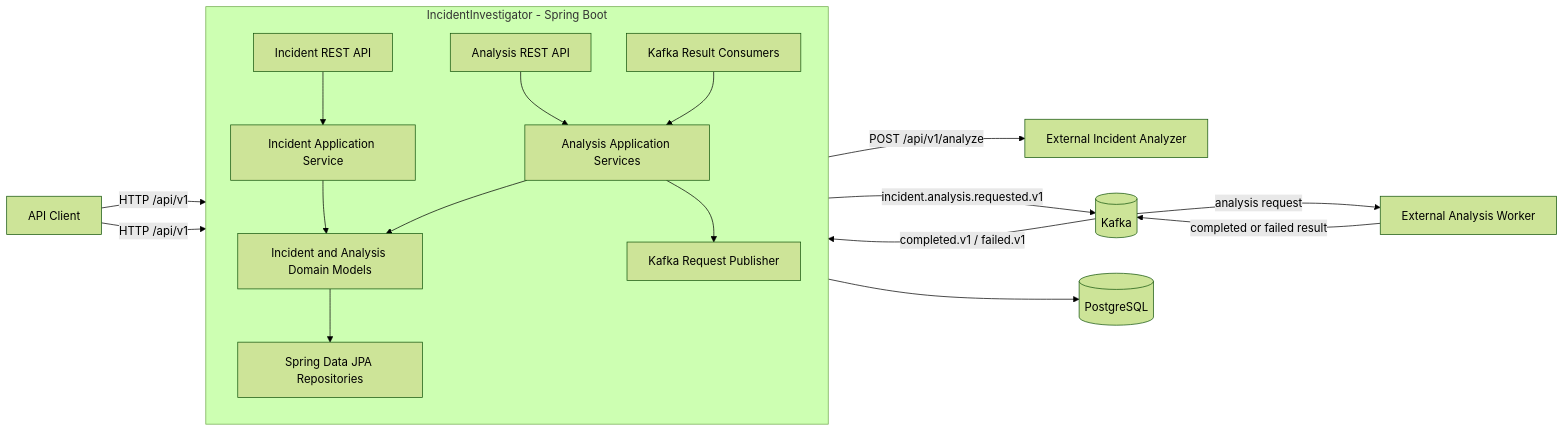
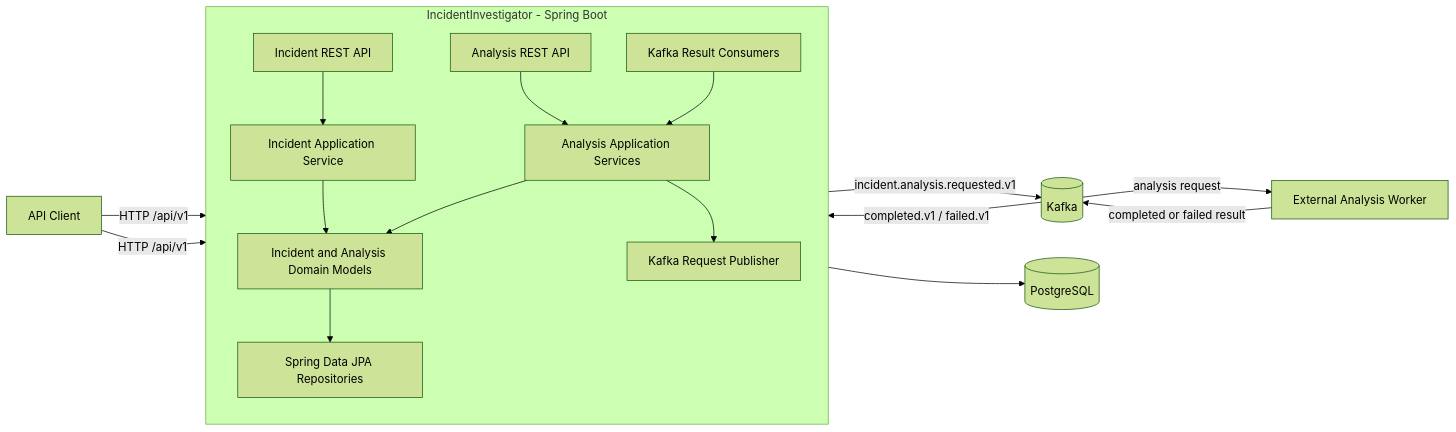
Before and after one commit to CemHarput/IncidentInvestigator: the first of 2 diagrams in README.md, drawn with Mermaid (forest theme). The commit also changed other lines of this file, not shown here.

````diff
--- a/README.md
+++ b/README.md
@@ -12,37 +12,35 @@
 ```mermaid
 flowchart LR
     Client[API Client]
-    Analyzer[External Incident Analyzer]
     Worker[External Analysis Worker]
     Kafka[(Kafka)]
     PostgreSQL[(PostgreSQL)]
 
     subgraph Application[IncidentInvestigator - Spring Boot]
         direction TB
         IncidentAPI[Incident REST API]
         AnalysisAPI[Analysis REST API]
         IncidentService[Incident Application Service]
         AnalysisService[Analysis Application Services]
         Domain[Incident and Analysis Domain Models]
         Repositories[Spring Data JPA Repositories]
         Publisher[Kafka Request Publisher]
         Consumer[Kafka Result Consumers]
 
         IncidentAPI --> IncidentService
         AnalysisAPI --> AnalysisService
         IncidentService --> Domain
         AnalysisService --> Domain
         Domain --> Repositories
         AnalysisService --> Publisher
         Consumer --> AnalysisService
     end
 
     Client -->|HTTP /api/v1| IncidentAPI
     Client -->|HTTP /api/v1| AnalysisAPI
-    AnalysisService -->|POST /api/v1/analyze| Analyzer
     Publisher -->|incident.analysis.requested.v1| Kafka
     Kafka -->|analysis request| Worker
     Worker -->|completed or failed result| Kafka
     Kafka -->|completed.v1 / failed.v1| Consumer
     Repositories --> PostgreSQL
 ```
````
